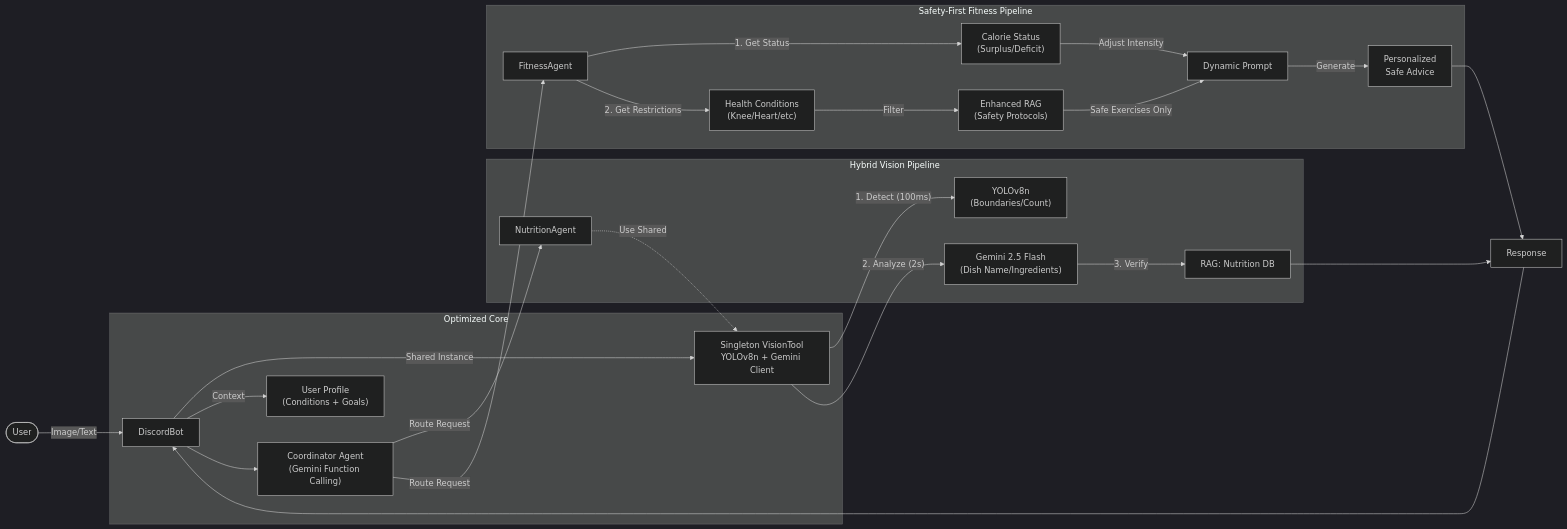
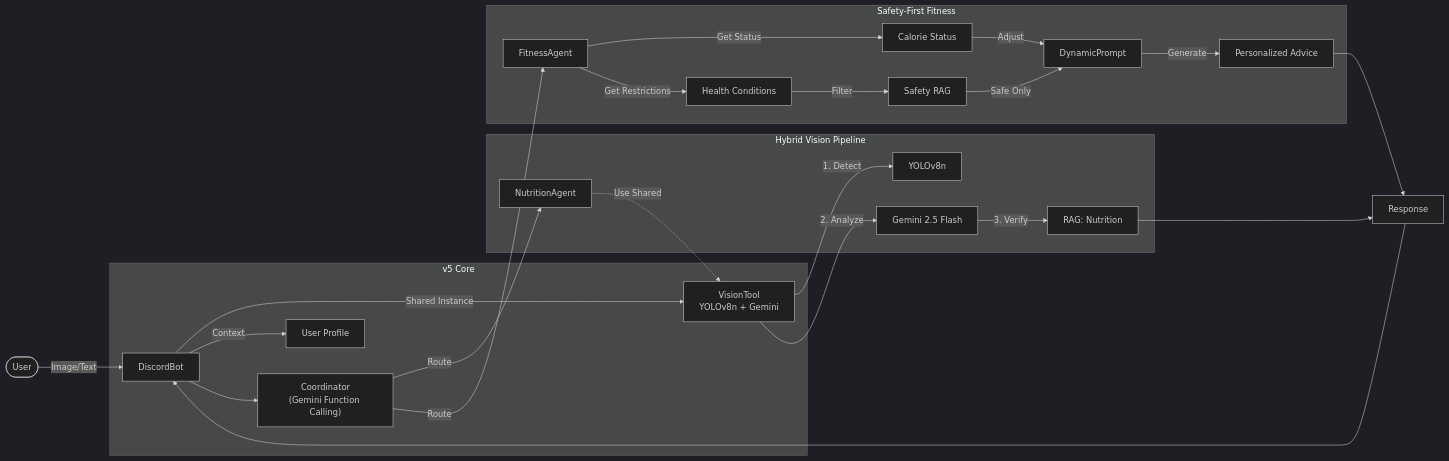
The second of 6 diagrams in docs/architecture/context/diagrams.md (kevinhust/capstonetest), drawn with Mermaid (dark theme) before and after one commit. The commit also changed other lines of this file and 43 other files, not shown here.

````diff
--- a/docs/architecture/context/diagrams.md
+++ b/docs/architecture/context/diagrams.md
@@ -52,36 +61,36 @@
 ```mermaid
 graph LR
     User([User]) -->|"Image/Text"| DiscordBot
-    
-    subgraph "Optimized Core"
-        DiscordBot -->|"Shared Instance"| VisionSingleton["Singleton VisionTool\nYOLOv8n + Gemini Client"]
-        DiscordBot -->|Context| UserProfile["User Profile\n(Conditions + Goals)"]
-        
-        DiscordBot --> Coordinator["Coordinator Agent\n(Gemini Function Calling)"]
+
+    subgraph "v5 Core"
+        DiscordBot -->|"Shared Instance"| VisionSingleton["VisionTool\nYOLOv8n + Gemini"]
+        DiscordBot -->|Context| UserProfile["User Profile"]
+
+        DiscordBot --> Coordinator["Coordinator\n(Gemini Function Calling)"]
     end
 
-    Coordinator -->|"Route Request"| NutritionAgent
-    Coordinator -->|"Route Request"| FitnessAgent
+    Coordinator -->|"Route"| NutritionAgent
+    Coordinator -->|"Route"| FitnessAgent
 
     subgraph "Hybrid Vision Pipeline"
         NutritionAgent -.->|"Use Shared"| VisionSingleton
-        VisionSingleton -->|"1. Detect (100ms)"| YOLO["YOLOv8n\n(Boundaries/Count)"]
-        VisionSingleton -->|"2. Analyze (2s)"| Gemini["Gemini 2.5 Flash\n(Dish Name/Ingredients)"]
-        Gemini -->|"3. Verify"| RAG_Nut[RAG: Nutrition DB]
+        VisionSingleton -->|"1. Detect"| YOLO["YOLOv8n"]
+        VisionSingleton -->|"2. Analyze"| Gemini["Gemini 2.5 Flash"]
+        Gemini -->|"3. Verify"| RAG_Nut[RAG: Nutrition]
     end
 
-    subgraph "Safety-First Fitness Pipeline"
-        FitnessAgent -->|"1. Get Status"| CalorieCalc["Calorie Status\n(Surplus/Deficit)"]
-        FitnessAgent -->|"2. Get Restrictions"| Conditions["Health Conditions\n(Knee/Heart/etc)"]
-        
-        Conditions -->|Filter| RAG_Safe["Enhanced RAG\n(Safety Protocols)"]
-        RAG_Safe -->|"Safe Exercises Only"| DynamicPrompt
-        CalorieCalc -->|"Adjust Intensity"| DynamicPrompt
-        
-        DynamicPrompt["Dynamic Prompt"] -->|Generate| SafeRecs["Personalized\nSafe Advice"]
+    subgraph "Safety-First Fitness"
+        FitnessAgent -->|"Get Status"| CalorieCalc["Calorie Status"]
+        FitnessAgent -->|"Get Restrictions"| Conditions["Health Conditions"]
+
+        Conditions -->|Filter| RAG_Safe["Safety RAG"]
+        RAG_Safe -->|"Safe Only"| DynamicPrompt
+        CalorieCalc -->|"Adjust"| DynamicPrompt
+
+        DynamicPrompt -->|Generate| SafeRecs["Personalized Advice"]
     end
 
     RAG_Nut --> Response
     SafeRecs --> Response
     Response --> DiscordBot
 ```
````
